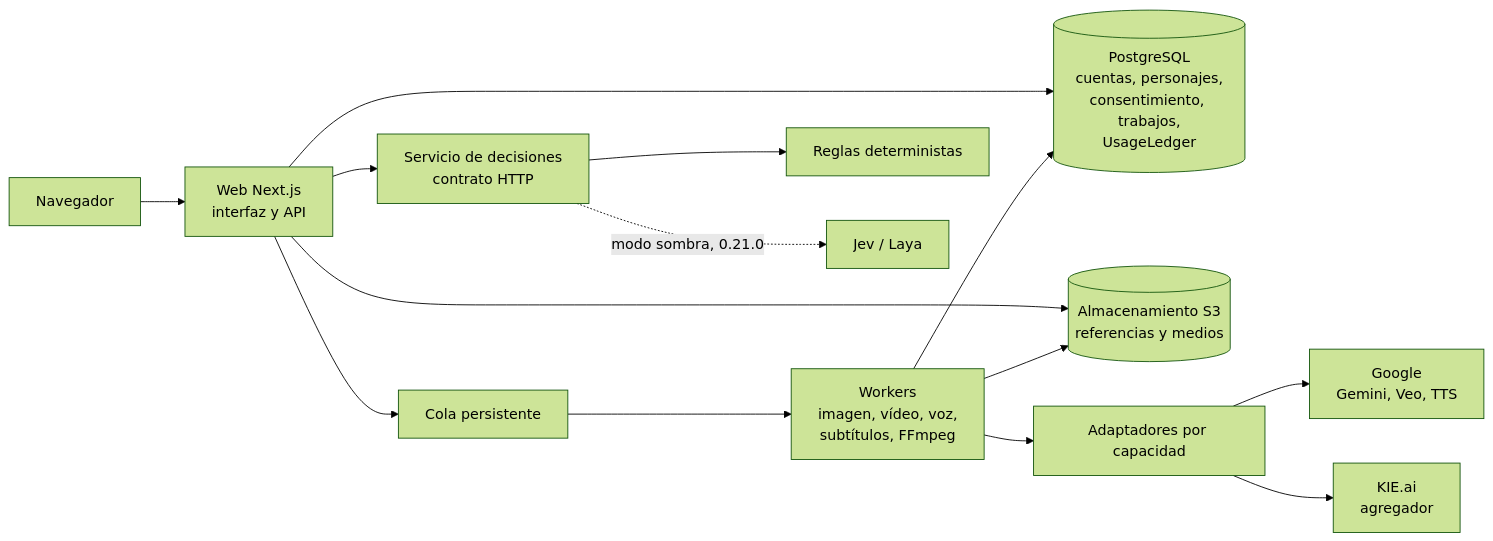
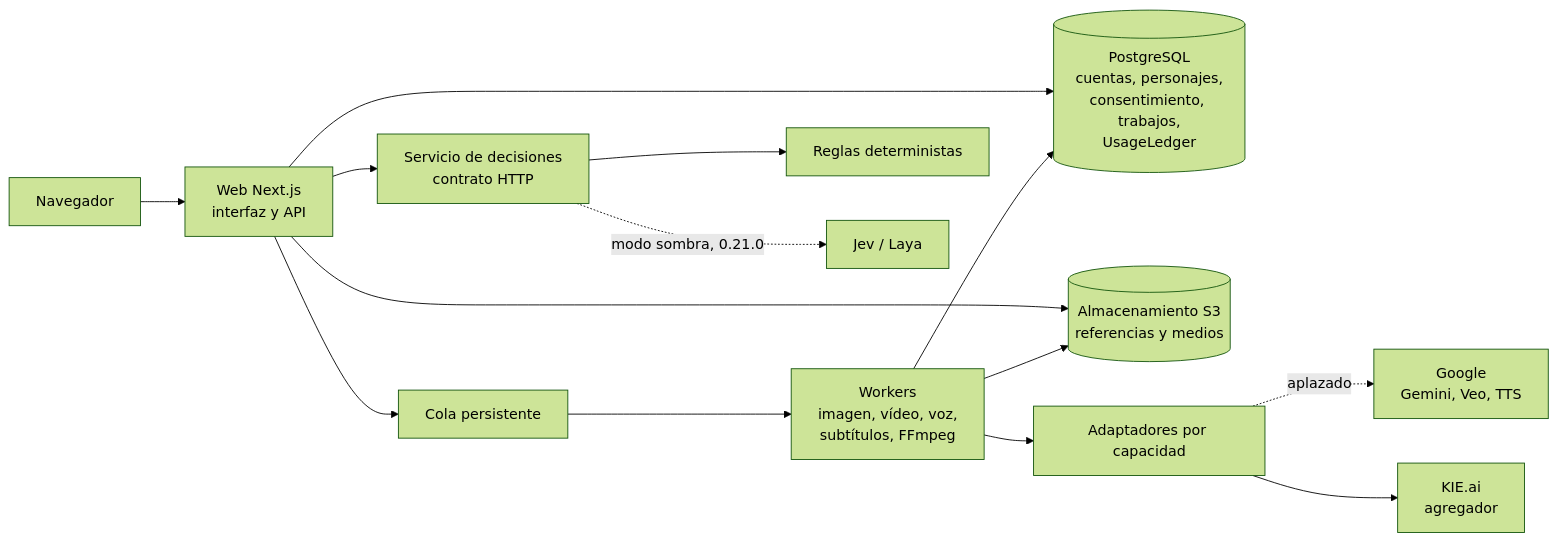
Before and after one commit to yosnap/escenara: the diagram in docs/arquitectura/vision-arquitectura.md, drawn with Mermaid (forest theme). The commit also changed other lines of this file and 10 other files, not shown here.

````diff
--- a/docs/arquitectura/vision-arquitectura.md
+++ b/docs/arquitectura/vision-arquitectura.md
@@ -7,16 +7,16 @@
 ```mermaid
 flowchart LR
     U[Navegador] --> W[Web Next.js<br/>interfaz y API]
     W --> DB[(PostgreSQL<br/>cuentas, personajes,<br/>consentimiento, trabajos,<br/>UsageLedger)]
     W --> S3[(Almacenamiento S3<br/>referencias y medios)]
     W --> Q[Cola persistente]
     Q --> WK[Workers<br/>imagen, vídeo, voz,<br/>subtítulos, FFmpeg]
     WK --> AD[Adaptadores por capacidad]
-    AD --> G[Google<br/>Gemini, Veo, TTS]
+    AD -.->|aplazado| G[Google<br/>Gemini, Veo, TTS]
     AD --> K[KIE.ai<br/>agregador]
     W --> DEC[Servicio de decisiones<br/>contrato HTTP]
     DEC --> R[Reglas deterministas]
     DEC -.->|modo sombra, 0.21.0| J[Jev / Laya]
     WK --> DB
     WK --> S3
 ```
````
